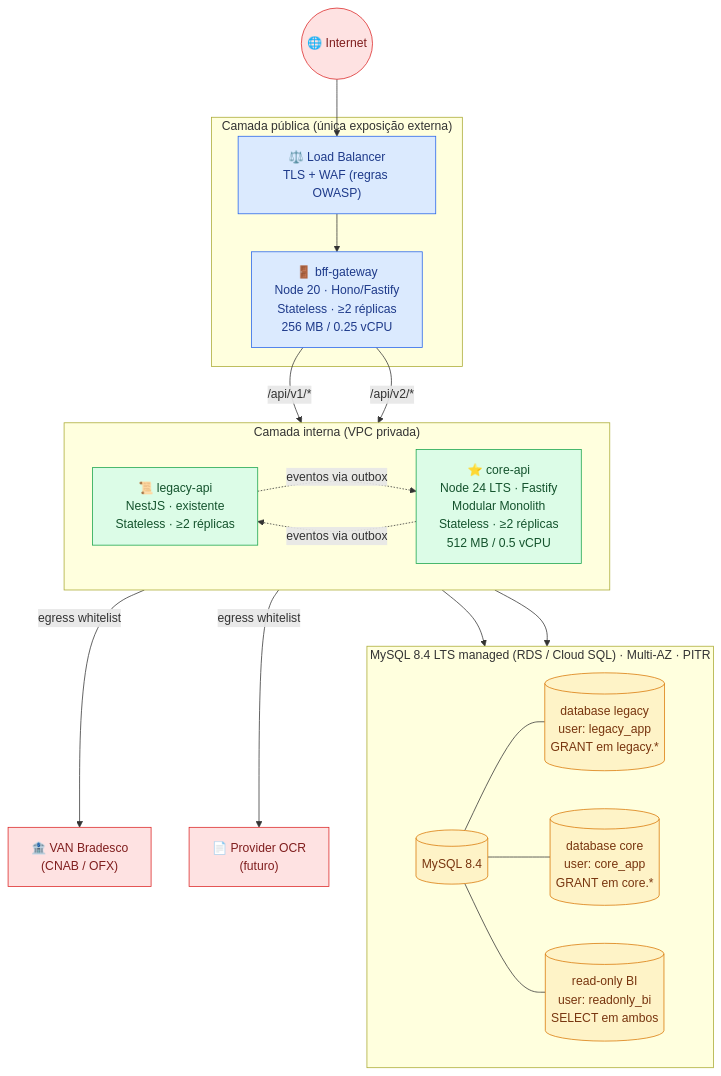
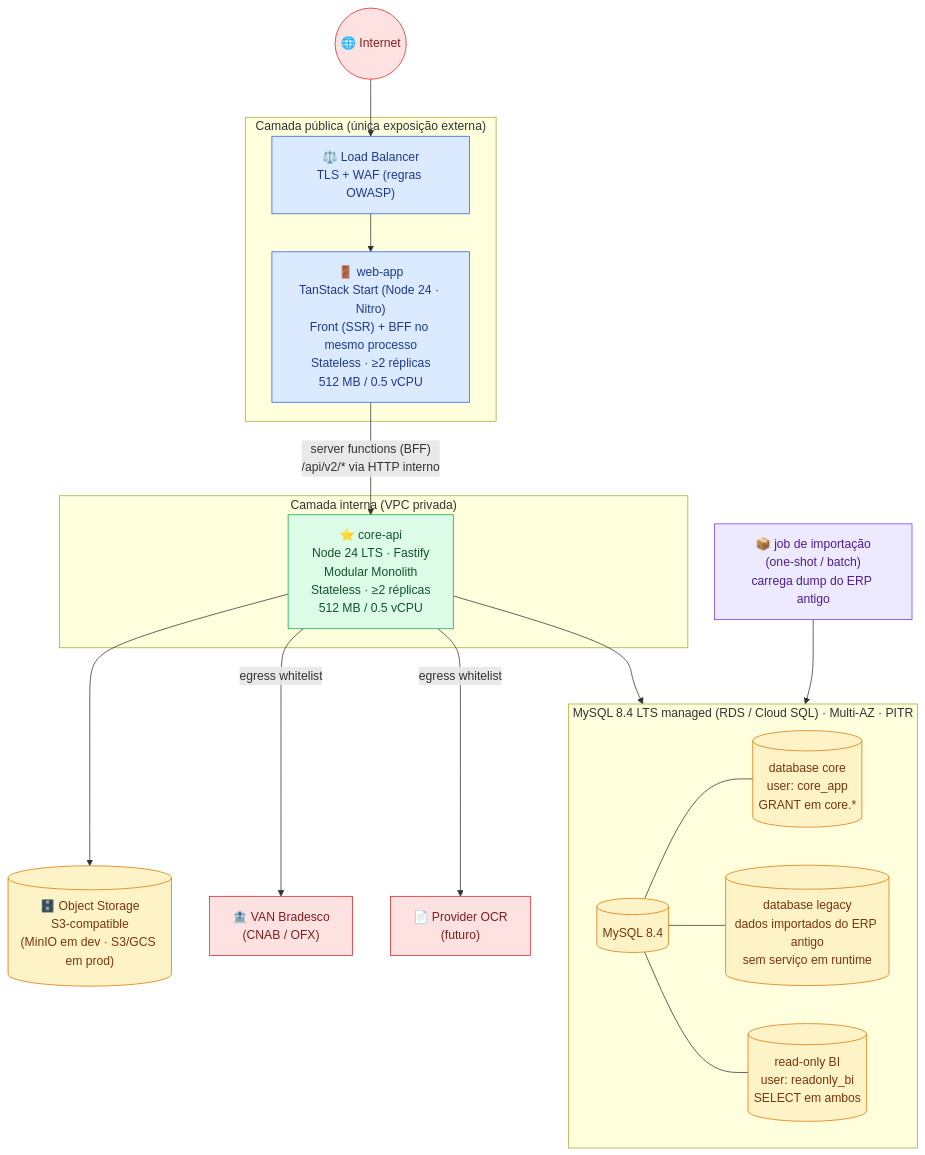
Before and after one commit to ERP-Bem-Comum/ERP-INFRA: the first of 4 diagrams in docs/topology.md, drawn with Mermaid. The commit also changed other lines of this file and 2 other files, not shown here.

First line of the commit message:
docs(infra): alinha topologia à arquitetura atual (web-app BFF embutido)

````diff
--- a/docs/topology.md
+++ b/docs/topology.md
@@ -13,49 +13,49 @@
 ```mermaid
 flowchart TB
     Internet(("🌐 Internet"))
     Internet --> LB
 
     subgraph PUB["Camada pública (única exposição externa)"]
         LB["⚖️ Load Balancer<br/>TLS + WAF (regras OWASP)"]
-        BFF["🚪 bff-gateway<br/>Node 20 · Hono/Fastify<br/>Stateless · ≥2 réplicas<br/>256 MB / 0.25 vCPU"]
-        LB --> BFF
+        WEB["🚪 web-app<br/>TanStack Start (Node 24 · Nitro)<br/>Front (SSR) + BFF no mesmo processo<br/>Stateless · ≥2 réplicas<br/>512 MB / 0.5 vCPU"]
+        LB --> WEB
     end
 
-    BFF -- "/api/v1/*" --> LEGACY
-    BFF -- "/api/v2/*" --> CORE
+    WEB -- "server functions (BFF)<br/>/api/v2/* via HTTP interno" --> CORE
 
     subgraph INT["Camada interna (VPC privada)"]
-        direction LR
-        LEGACY["📜 legacy-api<br/>NestJS · existente<br/>Stateless · ≥2 réplicas"]
         CORE["⭐ core-api<br/>Node 24 LTS · Fastify<br/>Modular Monolith<br/>Stateless · ≥2 réplicas<br/>512 MB / 0.5 vCPU"]
-        LEGACY -.-> |"eventos via outbox"| CORE
-        CORE -.-> |"eventos via outbox"| LEGACY
     end
 
-    LEGACY --> DB
     CORE --> DB
+    CORE --> OBJ
+    MIG["📦 job de importação<br/>(one-shot / batch)<br/>carrega dump do ERP antigo"] --> DB
 
     subgraph DBLAYER["MySQL 8.4 LTS managed (RDS / Cloud SQL) · Multi-AZ · PITR"]
         direction LR
         DB[(MySQL 8.4)]
-        LEGACYDB[("database legacy<br/>user: legacy_app<br/>GRANT em legacy.*")]
         COREDB[("database core<br/>user: core_app<br/>GRANT em core.*")]
+        LEGACYDB[("database legacy<br/>dados importados do ERP antigo<br/>sem serviço em runtime")]
         BIDB[("read-only BI<br/>user: readonly_bi<br/>SELECT em ambos")]
+        DB --- COREDB
         DB --- LEGACYDB
-        DB --- COREDB
         DB --- BIDB
     end
+
+    OBJ[("🗄️ Object Storage<br/>S3-compatible<br/>(MinIO em dev · S3/GCS em prod)")]
 
     CORE -- "egress whitelist" --> VAN["🏦 VAN Bradesco<br/>(CNAB / OFX)"]
     CORE -- "egress whitelist" --> OCR["📄 Provider OCR<br/>(futuro)"]
 
     classDef external fill:#fee2e2,stroke:#dc2626,color:#7f1d1d
     classDef public fill:#dbeafe,stroke:#2563eb,color:#1e3a8a
     classDef internal fill:#dcfce7,stroke:#16a34a,color:#14532d
     classDef storage fill:#fef3c7,stroke:#d97706,color:#78350f
+    classDef batch fill:#ede9fe,stroke:#7c3aed,color:#4c1d95
 
     class Internet,VAN,OCR external
-    class LB,BFF public
-    class LEGACY,CORE internal
-    class DB,LEGACYDB,COREDB,BIDB storage
+    class LB,WEB public
+    class CORE internal
+    class DB,COREDB,LEGACYDB,BIDB,OBJ storage
+    class MIG batch
 ```
````
